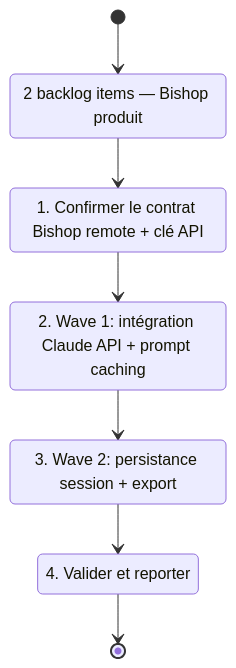
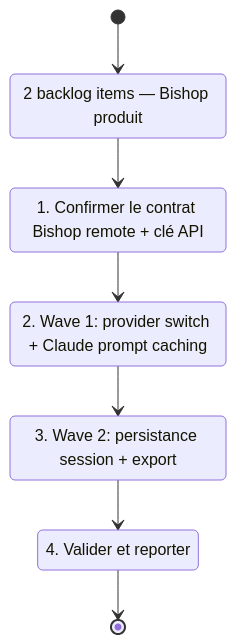
One commit to AlexAgo83/deepvault changed the diagram in logics/tasks/task_021_bishop_intelligence_and_ux.md. Above: the diagram before and after it, drawn with Mermaid. The commit also changed other lines of this file and 19 other files, not shown here.

````diff
--- a/logics/tasks/task_021_bishop_intelligence_and_ux.md
+++ b/logics/tasks/task_021_bishop_intelligence_and_ux.md
@@ -22,16 +22,16 @@
 ```mermaid
 %% logics-kind: task
-%% logics-signature: task|bishop-intelligence-and-ux|item-052-bishop-claude-api-integration|1-confirmer-le-contrat-du-remote|wave-1-run-npm-run-check
+%% logics-signature: task|bishop-intelligence-and-ux|item-052-bishop-claude-api-integration|1-confirmer-le-contrat-du-remote|wave-1-npm-run-check
 stateDiagram-v2
     state "2 backlog items — Bishop produit" as Backlog
     state "1. Confirmer le contrat Bishop remote + clé API" as Scope
-    state "2. Wave 1: intégration Claude API + prompt caching" as Wave1
+    state "2. Wave 1: provider switch + Claude prompt caching" as Wave1
     state "3. Wave 2: persistance session + export" as Wave2
     state "4. Valider et reporter" as Report
     [*] --> Backlog
     Backlog --> Scope
     Scope --> Wave1
     Wave1 --> Wave2
     Wave2 --> Report
     Report --> [*]
 ```
````
